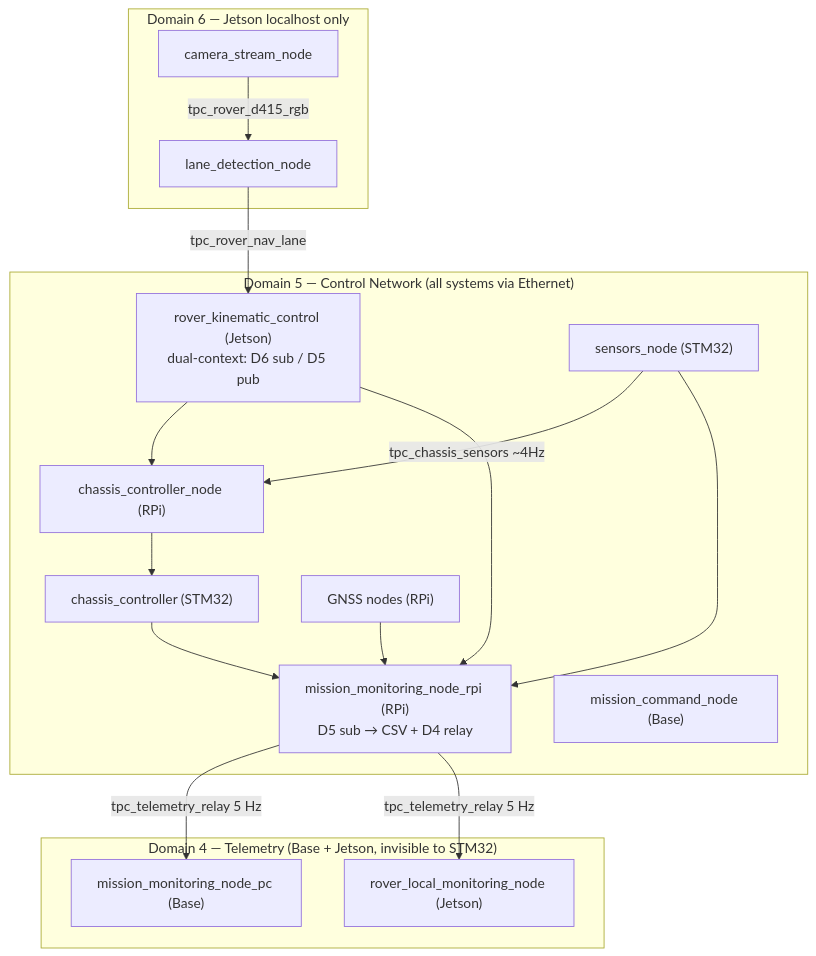
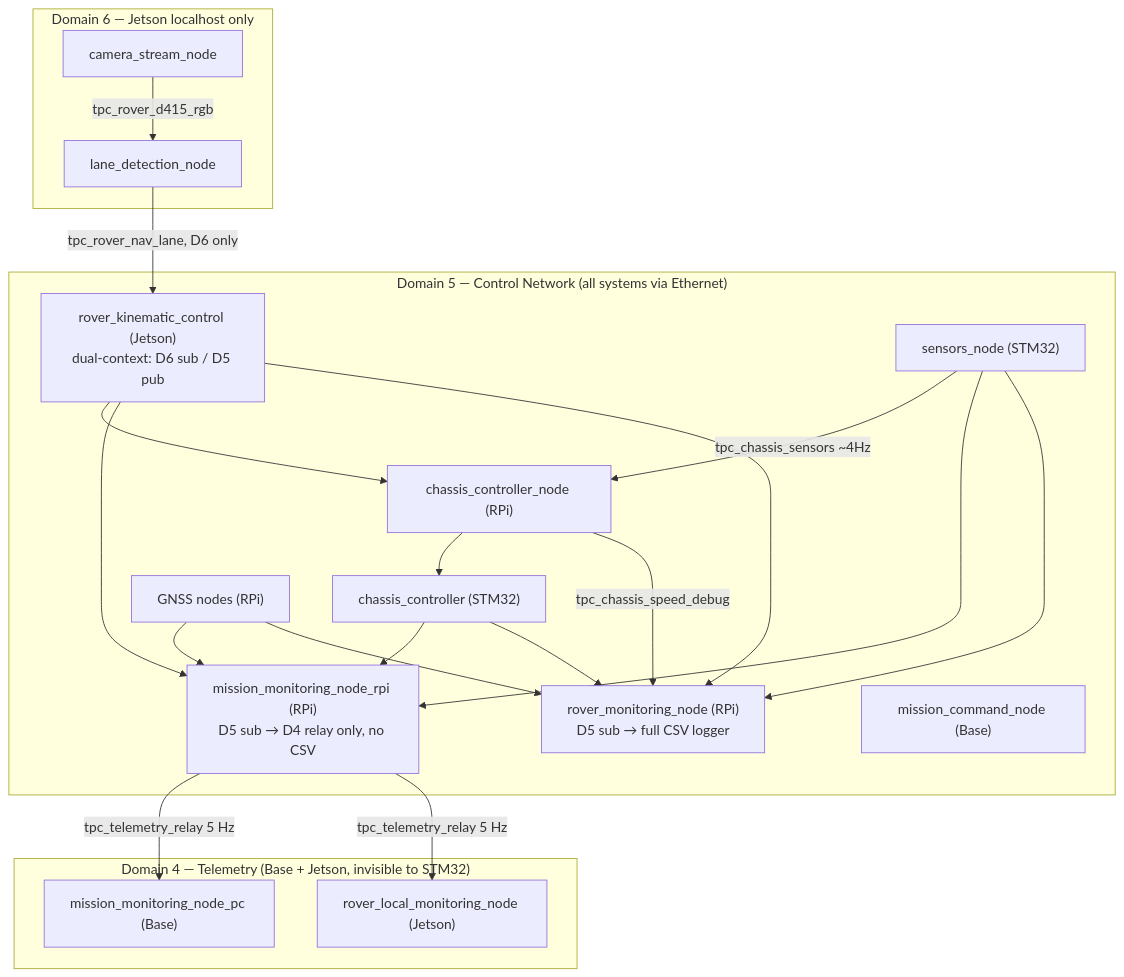
One commit to RoboticsGG/almondmatcha changed the diagram in docs/DOMAINS.md. Above: the diagram before and after it, drawn with Mermaid. The commit also changed other lines of this file and 6 other files, not shown here.

````diff
--- a/docs/DOMAINS.md
+++ b/docs/DOMAINS.md
@@ -17,31 +17,37 @@
 ```mermaid
 flowchart TB
     subgraph D6["Domain 6 — Jetson localhost only"]
         CAM["camera_stream_node"] -->|tpc_rover_d415_rgb| LANE["lane_detection_node"]
     end
 
     subgraph D5["Domain 5 — Control Network (all systems via Ethernet)"]
         CTRL["rover_kinematic_control (Jetson)\ndual-context: D6 sub / D5 pub"]
         CC["chassis_controller_node (RPi)"]
         STM32C["chassis_controller (STM32)"]
         STM32S["sensors_node (STM32)"]
         GNSS["GNSS nodes (RPi)"]
-        MON["mission_monitoring_node_rpi (RPi)\nD5 sub → CSV + D4 relay"]
+        MON["mission_monitoring_node_rpi (RPi)\nD5 sub → D4 relay only, no CSV"]
+        RMON["rover_monitoring_node (RPi)\nD5 sub → full CSV logger"]
         CMD["mission_command_node (Base)"]
     end
 
     subgraph D4["Domain 4 — Telemetry (Base + Jetson, invisible to STM32)"]
         PC["mission_monitoring_node_pc (Base)"]
         JLOG["rover_local_monitoring_node (Jetson)"]
     end
 
-    LANE -->|tpc_rover_nav_lane| CTRL
+    LANE -->|tpc_rover_nav_lane, D6 only| CTRL
     CTRL --> CC --> STM32C
     STM32S -->|tpc_chassis_sensors ~4Hz| CC
     GNSS --> MON
+    GNSS --> RMON
     STM32C --> MON
+    STM32C --> RMON
     STM32S --> MON
+    STM32S --> RMON
     CTRL --> MON
+    CTRL --> RMON
+    CC -->|tpc_chassis_speed_debug| RMON
     MON -->|tpc_telemetry_relay 5 Hz| PC
     MON -->|tpc_telemetry_relay 5 Hz| JLOG
 ```
````
